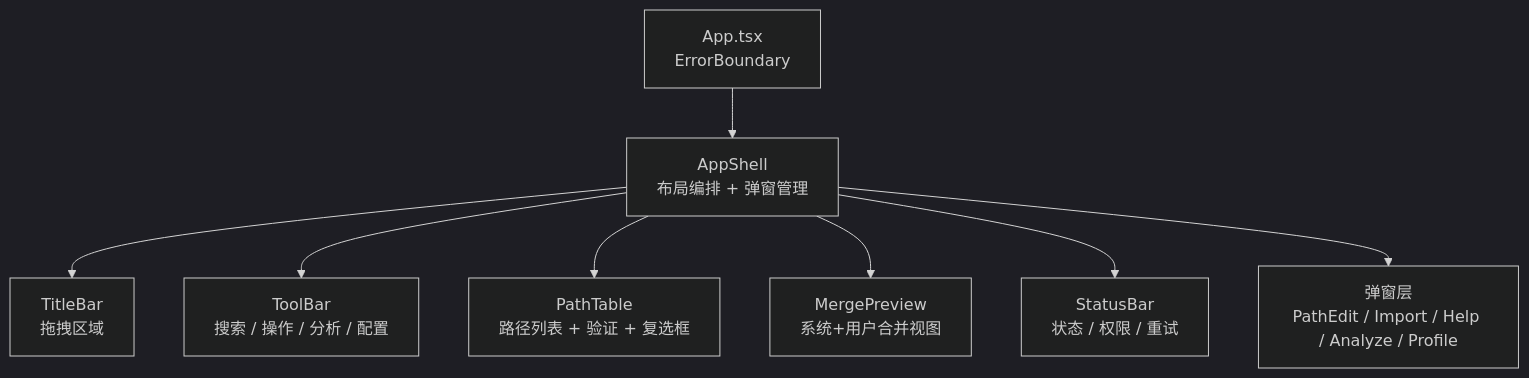
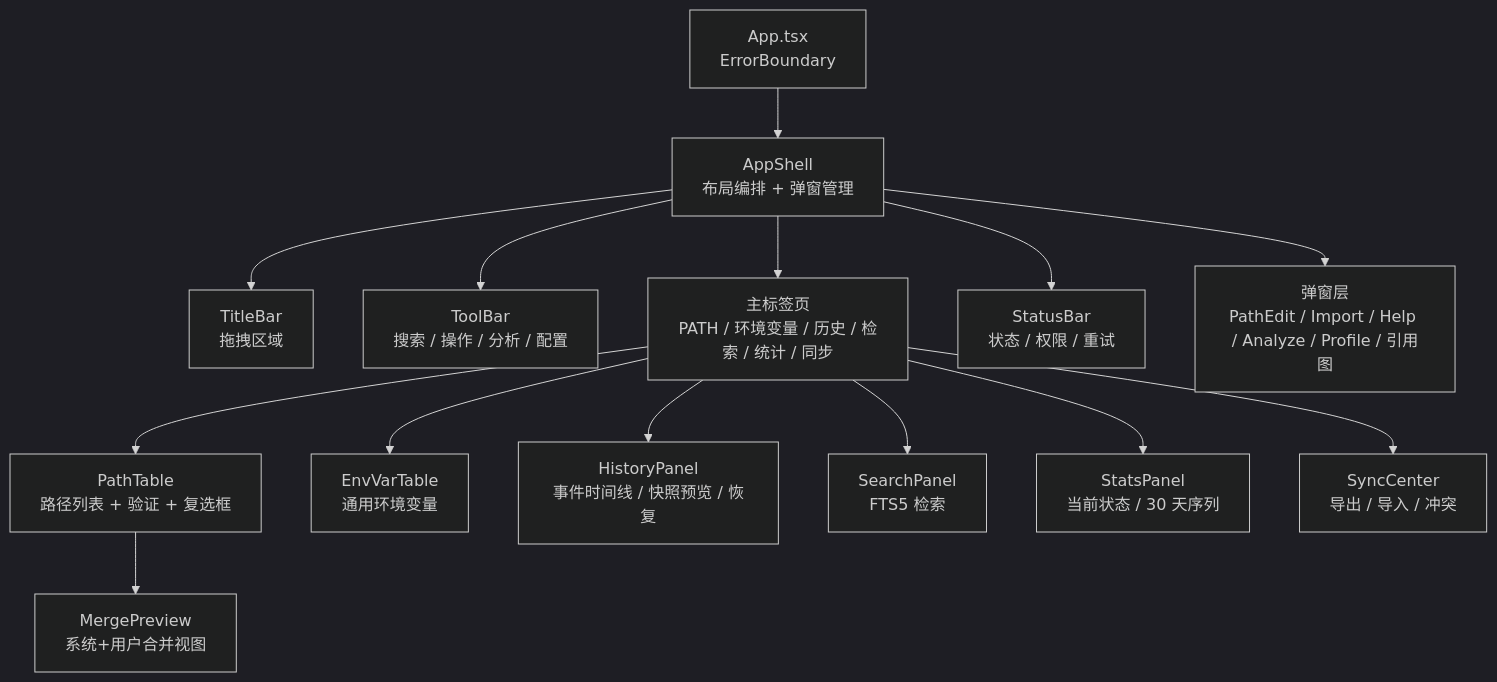
The second of 4 diagrams in README.md (LHY0125/PathEditor), drawn with Mermaid (dark theme) before and after one commit. The commit also changed other lines of this file and 8 other files, not shown here.

````diff
--- a/README.md
+++ b/README.md
@@ -102,19 +120,31 @@
 ```mermaid
 graph TD
     App["App.tsx<br/>ErrorBoundary"]
     Shell["AppShell<br/>布局编排 + 弹窗管理"]
     TitleBar["TitleBar<br/>拖拽区域"]
     ToolBar["ToolBar<br/>搜索 / 操作 / 分析 / 配置"]
+    Tabs["主标签页<br/>PATH / 环境变量 / 历史 / 检索 / 统计 / 同步"]
     PathTable["PathTable<br/>路径列表 + 验证 + 复选框"]
+    EnvVarTable["EnvVarTable<br/>通用环境变量"]
+    HistoryPanel["HistoryPanel<br/>事件时间线 / 快照预览 / 恢复"]
+    SearchPanel["SearchPanel<br/>FTS5 检索"]
+    StatsPanel["StatsPanel<br/>当前状态 / 30 天序列"]
+    SyncCenter["SyncCenter<br/>导出 / 导入 / 冲突"]
     MergePreview["MergePreview<br/>系统+用户合并视图"]
     StatusBar["StatusBar<br/>状态 / 权限 / 重试"]
-    Dialogs["弹窗层<br/>PathEdit / Import / Help / Analyze / Profile"]
+    Dialogs["弹窗层<br/>PathEdit / Import / Help / Analyze / Profile / 引用图"]
 
     App --> Shell
     Shell --> TitleBar
     Shell --> ToolBar
-    Shell --> PathTable
-    Shell --> MergePreview
+    Shell --> Tabs
     Shell --> StatusBar
     Shell --> Dialogs
+    Tabs --> PathTable
+    Tabs --> EnvVarTable
+    Tabs --> HistoryPanel
+    Tabs --> SearchPanel
+    Tabs --> StatsPanel
+    Tabs --> SyncCenter
+    PathTable --> MergePreview
 ```
````
